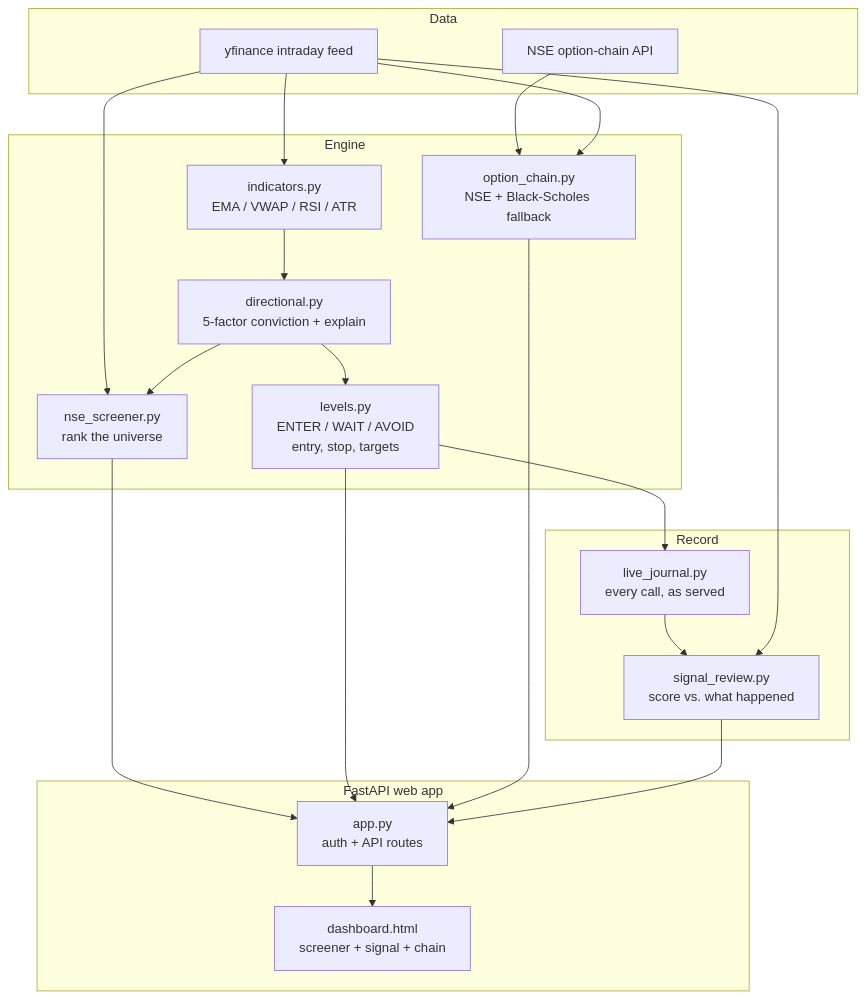
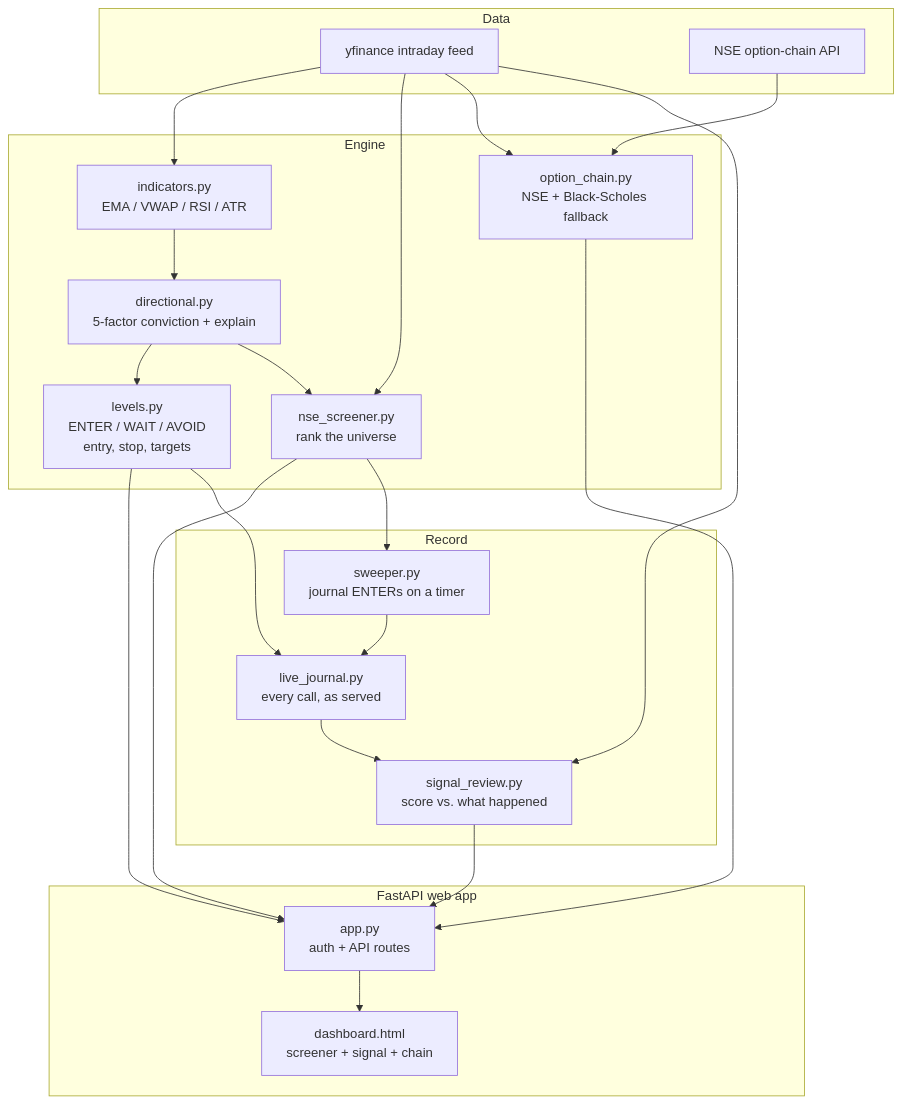
The diagram in README.md (Abhist17/atlas), drawn with Mermaid before and after one commit. The commit also changed other lines of this file and 14 other files, not shown here.

````diff
--- a/README.md
+++ b/README.md
@@ -104,38 +151,40 @@
 ```mermaid
 flowchart TD
     subgraph Data
         YF[yfinance intraday feed]
         NSE[NSE option-chain API]
     end
 
     subgraph Engine
         IND[indicators.py<br/>EMA / VWAP / RSI / ATR]
         DIR[directional.py<br/>5-factor conviction + explain]
         LVL[levels.py<br/>ENTER / WAIT / AVOID<br/>entry, stop, targets]
         SCR[nse_screener.py<br/>rank the universe]
         OC[option_chain.py<br/>NSE + Black-Scholes fallback]
     end
 
     subgraph Web [FastAPI web app]
         API[app.py<br/>auth + API routes]
         UI[dashboard.html<br/>screener + signal + chain]
     end
 
     YF --> IND --> DIR --> LVL
     YF --> SCR
     DIR --> SCR
     NSE --> OC
     YF --> OC
 
     subgraph Record
+        SWP[sweeper.py<br/>journal ENTERs on a timer]
         JRN[live_journal.py<br/>every call, as served]
         REV[signal_review.py<br/>score vs. what happened]
     end
 
     SCR --> API
     LVL --> API
     OC --> API
     API --> UI
     LVL --> JRN --> REV --> API
+    SCR --> SWP --> JRN
     YF --> REV
 ```
````
